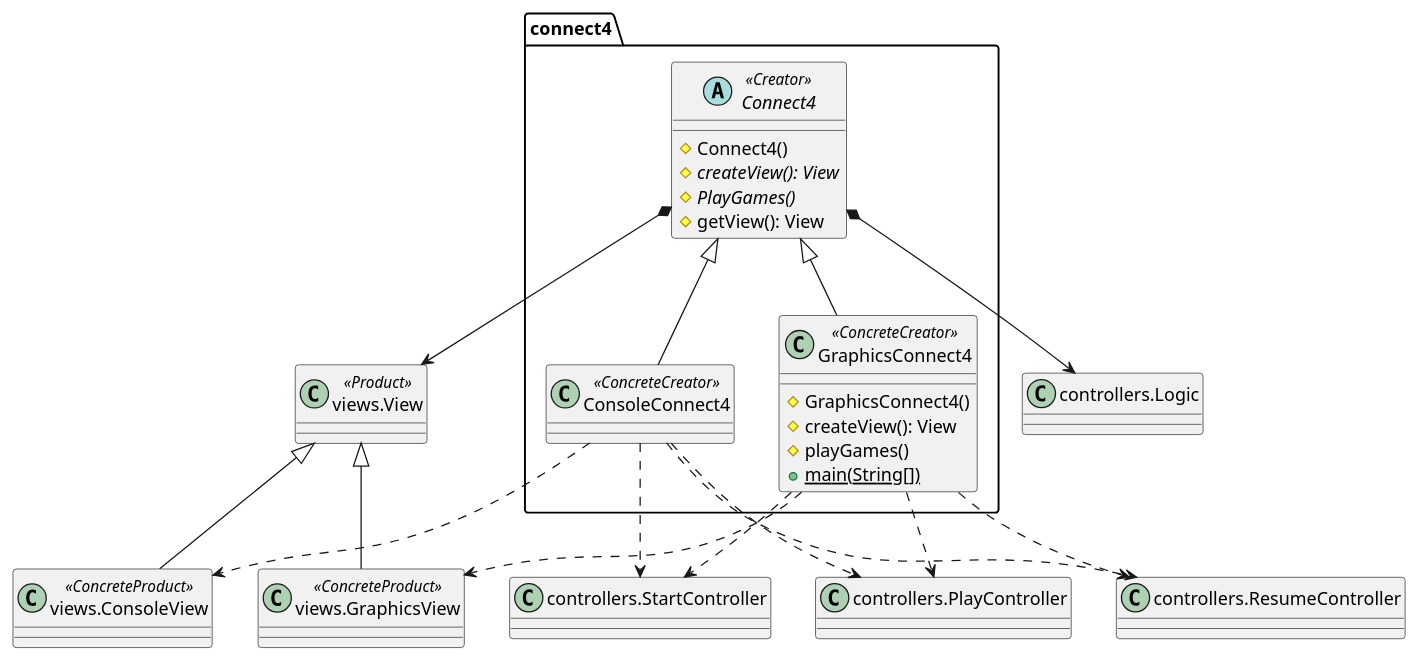
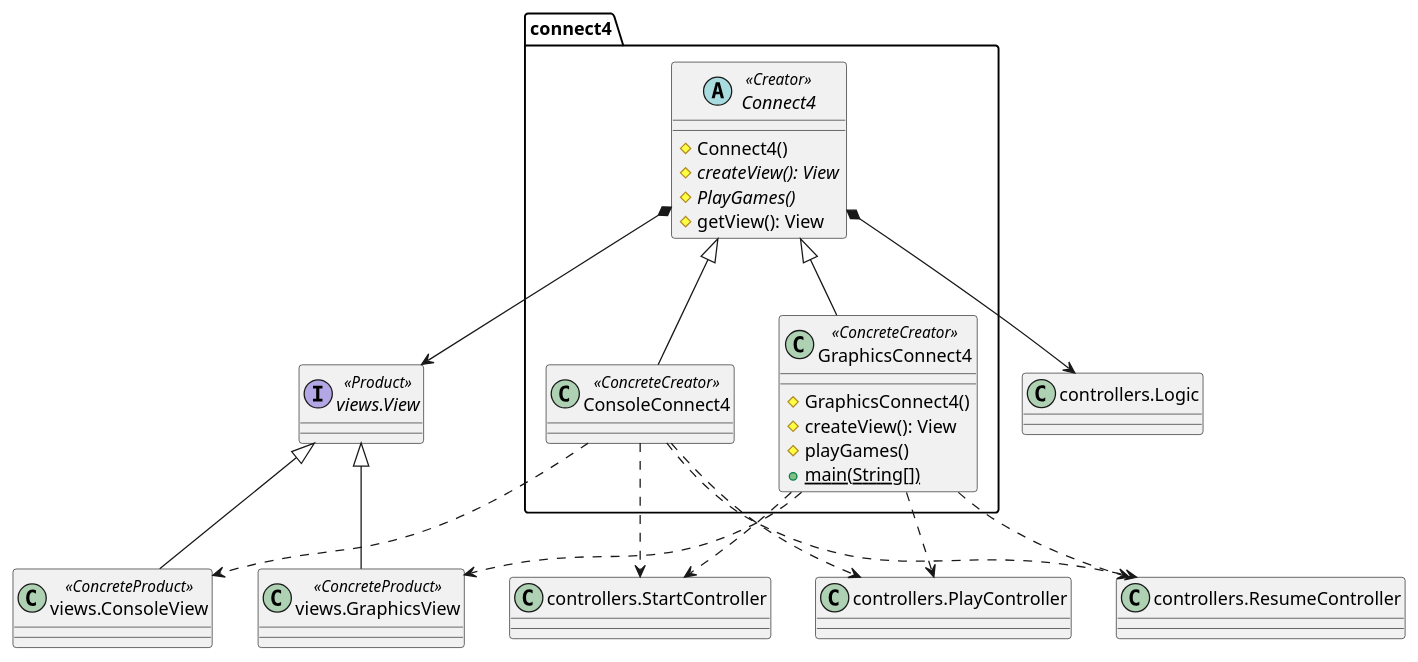
One commit to js-rom/connect4 changed the diagram in connect4/Docs/diagrams/src/packages/connect4.connect4.plantuml. Above: the diagram before and after it, drawn with PlantUML. The commit also changed 7 other files, not shown here.

```diff
--- a/connect4/Docs/diagrams/src/packages/connect4.connect4.plantuml
+++ b/connect4/Docs/diagrams/src/packages/connect4.connect4.plantuml
@@ -1,42 +1,42 @@
 @startuml connect4.connect4
 
 abstract class connect4.Connect4 <<Creator>>
 class connect4.ConsoleConnect4 <<ConcreteCreator>>
 class connect4.GraphicsConnect4 <<ConcreteCreator>>
 class ConsoleView as "views.ConsoleView" <<ConcreteProduct>>
 class GraphicsView as "views.GraphicsView" <<ConcreteProduct>>
-class View as "views.View" <<Product>>
+interface View as "views.View" <<Product>>
 class Logic as "controllers.Logic"
 class StartController as "controllers.StartController"
 class PlayController as "controllers.PlayController"
 class ResumeController as "controllers.ResumeController"
 
 Connect4 <|-- ConsoleConnect4
 Connect4 <|-- GraphicsConnect4
 Connect4 *--> View
 Connect4 *--> Logic
 
 GraphicsConnect4 ..> GraphicsView
 ConsoleConnect4 ..> ConsoleView
 
 ConsoleConnect4 ..> StartController
 ConsoleConnect4 ..> PlayController
 ConsoleConnect4 ..> ResumeController
 GraphicsConnect4 ..> StartController
 GraphicsConnect4 ..> PlayController
 GraphicsConnect4 ..> ResumeController
 
 View <|-- ConsoleView
 View <|-- GraphicsView
 
 Connect4 : #Connect4()
 Connect4 : {abstract}#createView(): View
 Connect4 : {abstract}#PlayGames()
 Connect4 : #getView(): View
 
 GraphicsConnect4 : #GraphicsConnect4()
 GraphicsConnect4 : #createView(): View
 GraphicsConnect4 : #playGames()
 GraphicsConnect4 : {static}+main(String[])
 
 @enduml
```
